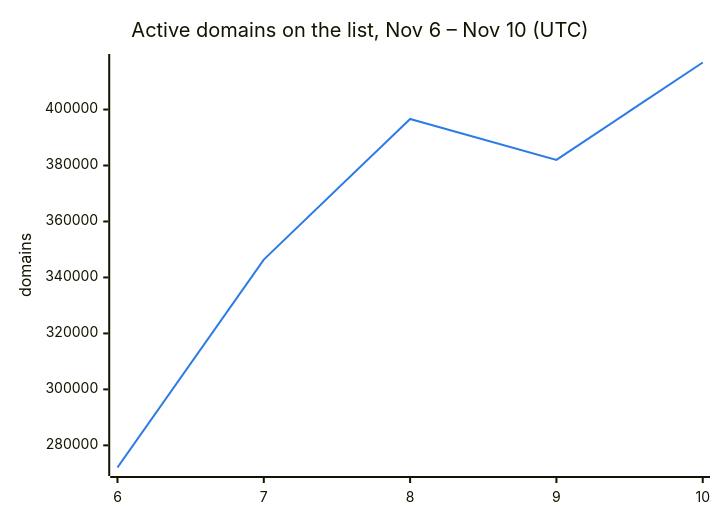
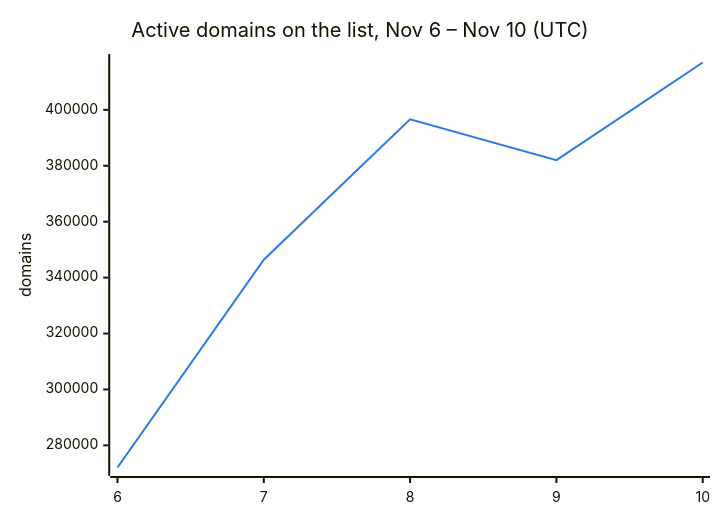
One commit to DNSBunker/CTI changed the second of 3 diagrams in README.md. Above: the diagram before and after it, drawn with Mermaid. The commit also changed other lines of this file and 3 other files, not shown here.

````diff
--- a/README.md
+++ b/README.md
@@ -38,8 +38,8 @@
 ```mermaid
 %%{init: {"themeVariables": {"xyChart": {"plotColorPalette": "#2c7be5"}}}}%%
 xychart-beta
     title "Active domains on the list, Nov 6 – Nov 10 (UTC)"
     x-axis ["6", "7", "8", "9", "10"]
     y-axis "domains"
-    line [272088, 346388, 396638, 382009, 416808]
+    line [272088, 346388, 396638, 382009, 416938]
 ```
````
